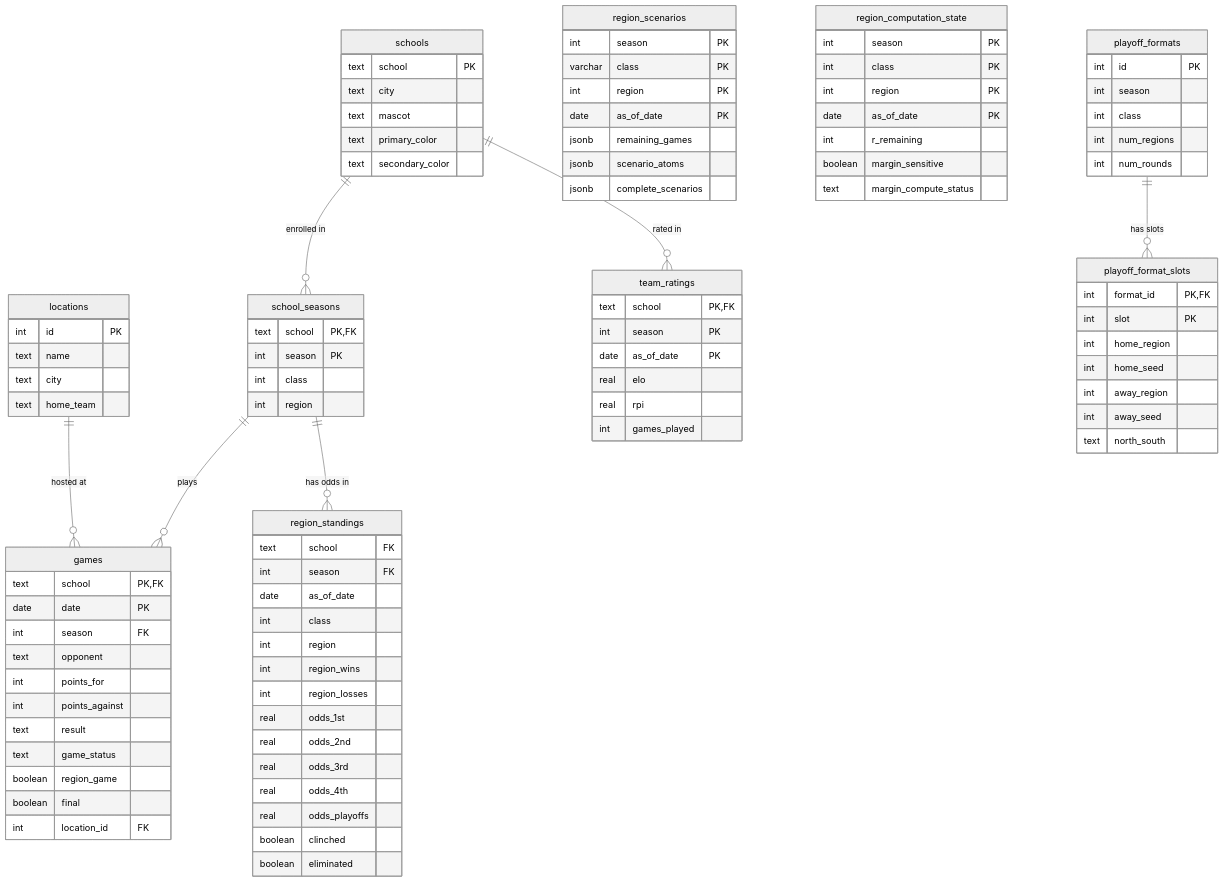
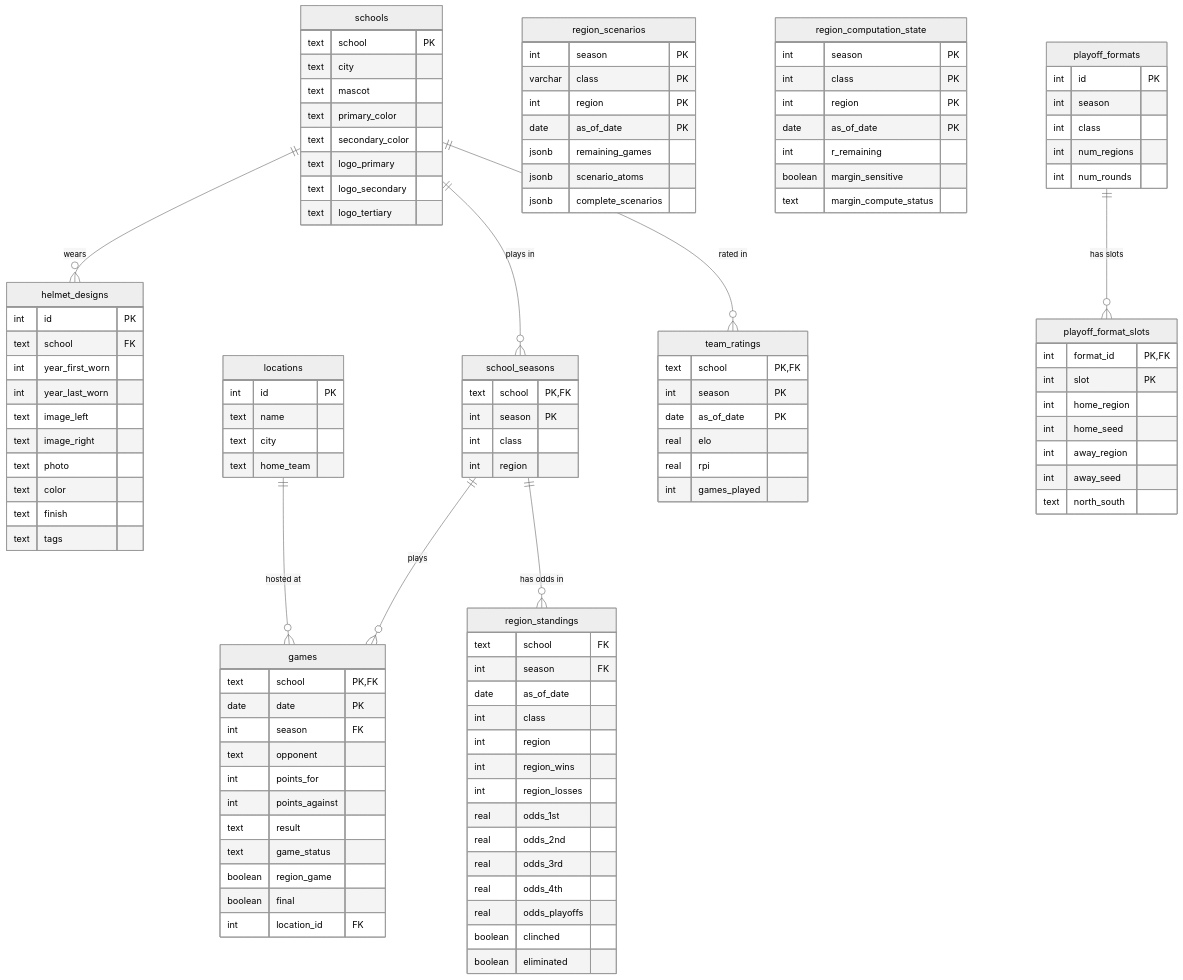
One commit to jps531/ms-hs-football-playoff-engine changed the diagram in README.md. Above: the diagram before and after it, drawn with Mermaid (neutral theme). The commit also changed other lines of this file and 7 other files, not shown here.

```diff
--- a/README.md
+++ b/README.md
@@ -39,6 +40,21 @@
         text mascot
         text primary_color
         text secondary_color
+        text logo_primary
+        text logo_secondary
+        text logo_tertiary
+    }
+    helmet_designs {
+        int id PK
+        text school FK
+        int year_first_worn
+        int year_last_worn
+        text image_left
+        text image_right
+        text photo
+        text color
+        text finish
+        text tags
     }
     school_seasons {
         text school PK,FK
@@ -124,7 +140,8 @@
         text north_south
     }
 
-    schools ||--o{ school_seasons : "enrolled in"
+    schools ||--o{ school_seasons : "plays in"
+    schools ||--o{ helmet_designs : "wears"
     schools ||--o{ team_ratings : "rated in"
     school_seasons ||--o{ games : "plays"
     school_seasons ||--o{ region_standings : "has odds in"
```
